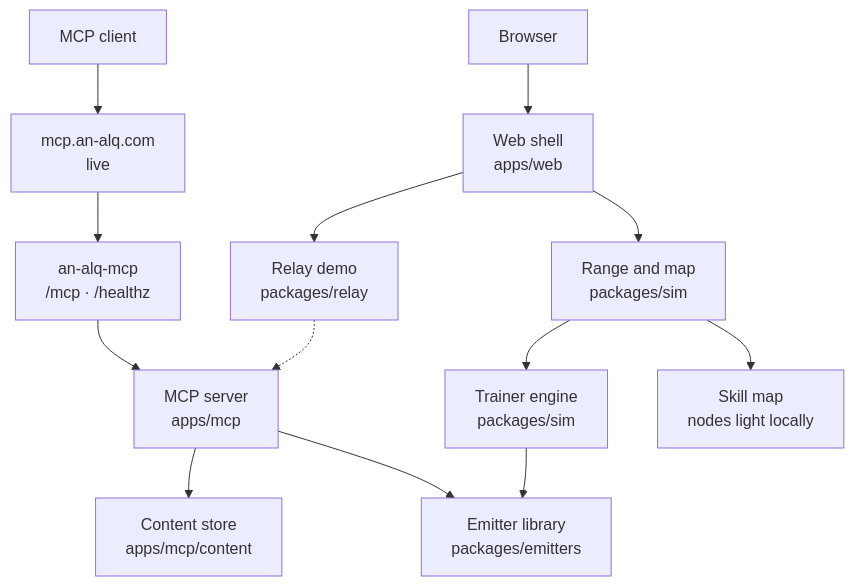
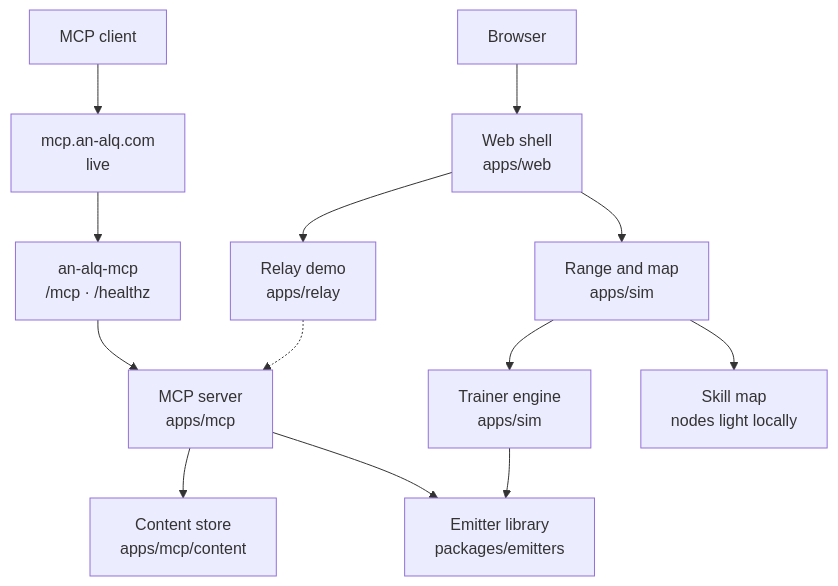
Before and after one commit to anthonygenovese/an-alq: the diagram in README.md, drawn with Mermaid. The commit also changed other lines of this file and 83 other files, not shown here.

First line of the commit message:
refactor: move sim and relay into apps

````diff
--- a/README.md
+++ b/README.md
@@ -39,28 +39,28 @@
 ```mermaid
 flowchart TB
   mcpClient[MCP client]
   browser[Browser]
   mcpHost["mcp.an-alq.com\nlive"]
   vercel["an-alq-mcp\n/mcp · /healthz"]
   mcp["MCP server\napps/mcp"]
   store["Content store\napps/mcp/content"]
   library["Emitter library\npackages/emitters"]
   web["Web shell\napps/web"]
-  ui["Range and map\npackages/sim"]
-  engine["Trainer engine\npackages/sim"]
+  ui["Range and map\napps/sim"]
+  engine["Trainer engine\napps/sim"]
   map["Skill map\nnodes light locally"]
-  relay["Relay demo\npackages/relay"]
+  relay["Relay demo\napps/relay"]
 
   mcpClient --> mcpHost
   mcpHost --> vercel
   vercel --> mcp
   mcp --> store
   mcp --> library
   browser --> web
   web --> ui
   web --> relay
   ui --> engine
   ui --> map
   engine --> library
   relay -.-> mcp
 ```
````
